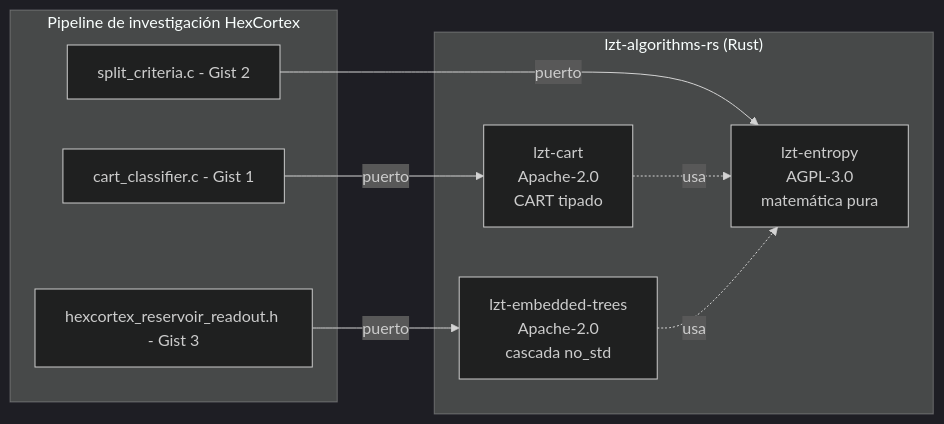
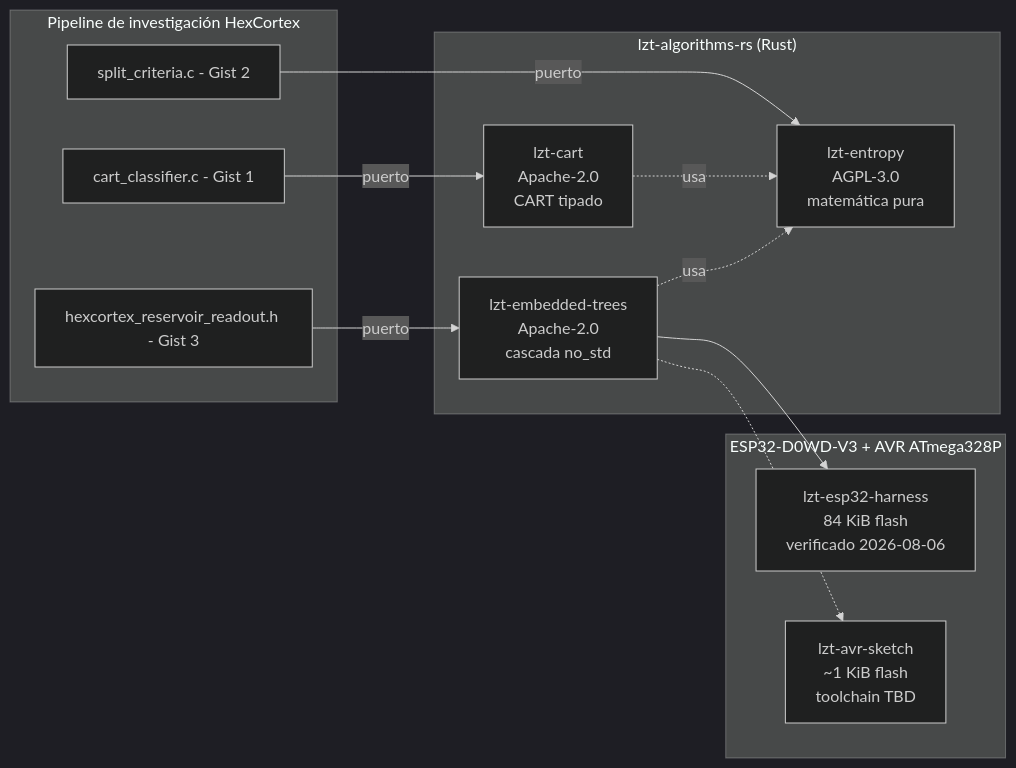
The diagram in README.es.md (LOUST-PRO/lzt-algorithms-rs), drawn with Mermaid (dark theme) before and after one commit. The commit also changed other lines of this file and 5 other files, not shown here.

First line of the commit message:
docs(embedded): verified ESP32-D0WD-V3 recipe + OTA profile strategy + anti-patterns

````diff
--- a/README.es.md
+++ b/README.es.md
@@ -28,20 +42,27 @@
 ```mermaid
 flowchart LR
     subgraph HexCortex["Pipeline de investigación HexCortex"]
         C[cart_classifier.c - Gist 1]
         S[split_criteria.c - Gist 2]
         E[hexcortex_reservoir_readout.h - Gist 3]
     end
 
     subgraph RS["lzt-algorithms-rs (Rust)"]
         LC[lzt-cart<br/>Apache-2.0<br/>CART tipado]
         LE[lzt-entropy<br/>AGPL-3.0<br/>matemática pura]
         LT[lzt-embedded-trees<br/>Apache-2.0<br/>cascada no_std]
     end
 
+    subgraph Embedded["ESP32-D0WD-V3 + AVR ATmega328P"]
+        ESP[lzt-esp32-harness<br/>84 KiB flash<br/>verificado 2026-08-06]
+        AVR[lzt-avr-sketch<br/>~1 KiB flash<br/>toolchain TBD]
+    end
+
     C -->|puerto| LC
     S -->|puerto| LE
     E -->|puerto| LT
     LC -.usa.-> LE
     LT -.usa.-> LE
+    LT --> ESP
+    LT -.-> AVR
 ```
````
